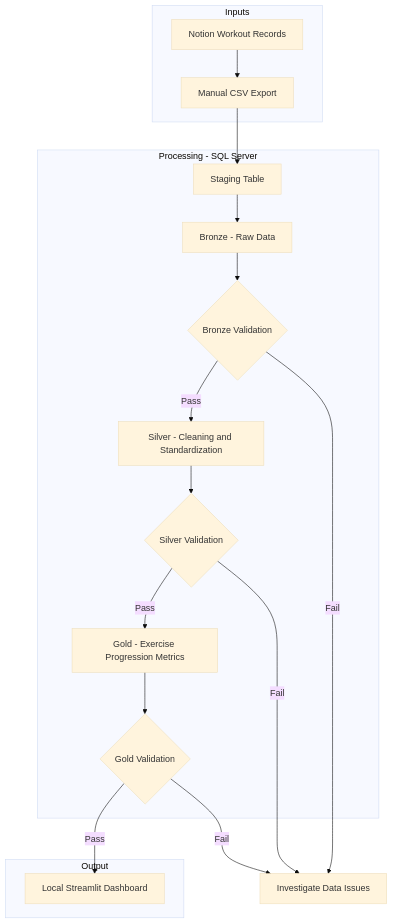
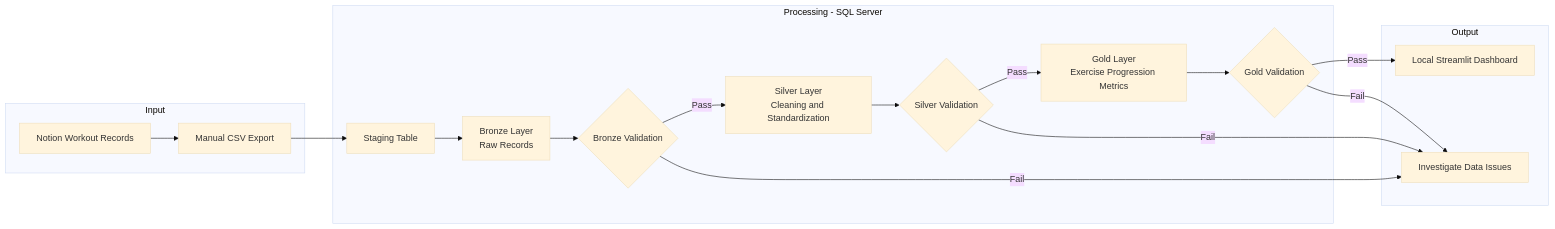
Before and after one commit to laurogime/Gym_Data_Pipeline: the diagram in A. Manual End-to-End Pipeline/README.md, drawn with Mermaid (base theme). The commit also changed other lines of this file, not shown here.

````diff
--- a/A. Manual End-to-End Pipeline/README.md
+++ b/A. Manual End-to-End Pipeline/README.md
@@ -23,32 +29,38 @@
 ```mermaid
-flowchart TD
-    subgraph INPUT["Inputs"]
+flowchart LR
+    subgraph INPUT["Input"]
         A["Notion Workout Records"]
         B["Manual CSV Export"]
     end
 
     subgraph PROCESS["Processing - SQL Server"]
         C["Staging Table"]
-        D["Bronze - Raw Data"]
+        D["Bronze Layer<br/>Raw Records"]
         E{"Bronze Validation"}
-        F["Silver - Cleaning and Standardization"]
+        F["Silver Layer<br/>Cleaning and Standardization"]
         G{"Silver Validation"}
-        H["Gold - Exercise Progression Metrics"]
+        H["Gold Layer<br/>Exercise Progression Metrics"]
         I{"Gold Validation"}
     end
 
     subgraph OUTPUT["Output"]
         J["Local Streamlit Dashboard"]
+        X["Investigate Data Issues"]
     end
 
-    A --> B --> C --> D --> E
+    A --> B
+    B --> C
+    C --> D
+    D --> E
+
     E -->|Pass| F
+    E -->|Fail| X
+
     F --> G
     G -->|Pass| H
+    G -->|Fail| X
+
     H --> I
     I -->|Pass| J
-
-    E -->|Fail| X["Investigate Data Issues"]
-    G -->|Fail| X
     I -->|Fail| X
 ```
````
